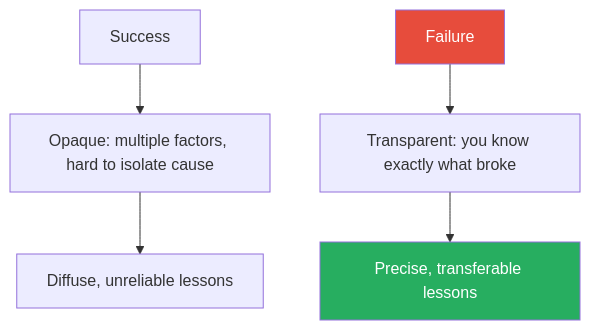
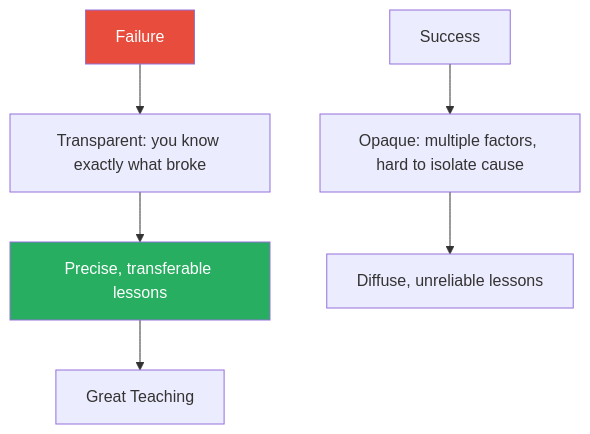
Before and after one commit to alius33/reader: the third of 5 diagrams in summaries/Robert Greene Canon/Interviews with the Masters - Robert Greene.md, drawn with Mermaid. The commit also changed other lines of this file and 272 other files, not shown here.

````diff
--- a/summaries/Robert Greene Canon/Interviews with the Masters - Robert Greene.md
+++ b/summaries/Robert Greene Canon/Interviews with the Masters - Robert Greene.md
@@ -481,9 +543,10 @@
 ```mermaid
 flowchart TD
     A[Success] --> B[Opaque: multiple factors, hard to isolate cause]
     C[Failure] --> D[Transparent: you know exactly what broke]
     D --> E[Precise, transferable lessons]
     B --> F[Diffuse, unreliable lessons]
+    E --> G[Great Teaching]
     style C fill:#e74c3c,color:#fff
     style E fill:#27ae60,color:#fff
 ```
````
